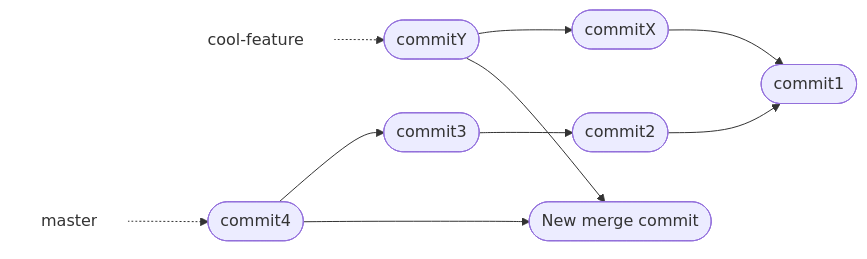
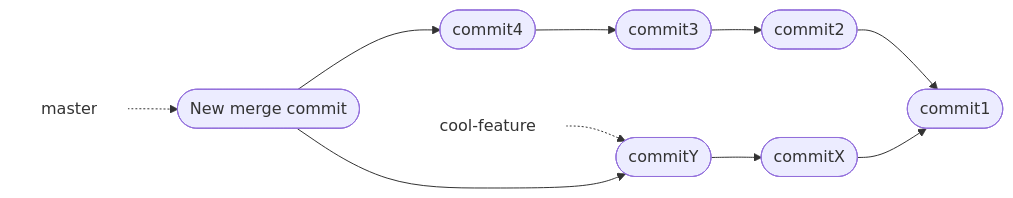
The second of 9 diagrams in docs/branches.md (hpc2n/course-intro-git), drawn with Mermaid before and after one commit.

Commit message:
Trying to get the order correct in the mermaid diagram and to get the ff merge to look good

````diff
--- a/docs/branches.md
+++ b/docs/branches.md
@@ -283,26 +283,26 @@
 ```mermaid
 graph LR
 
+  commit4Y(["New merge commit"])
   master["master"]
   style master fill:#ffffff,stroke:#ffffff
   cool-feature["cool-feature"]
   style cool-feature fill:#ffffff,stroke:#ffffff
 
   commitX(["commitX"])
   commit1(["commit1"])
   commit2(["commit2"])
   commitY(["commitY"])
   commit3(["commit3"])
   commit4(["commit4"])
-  commit4Y(["New merge commit"])
 
-  master -.-> commit4
+  master -.-> commit4Y
   commit4 --> commit3
-  commit4 --> commit4Y
+  commit4Y --> commit4
   cool-feature -.-> commitY
   commit3 --> commit2
   commit2 --> commit1
   commitY --> commitX
-  commitY --> commit4Y
+  commit4Y --> commitY
   commitX --> commit1
 ```
````
